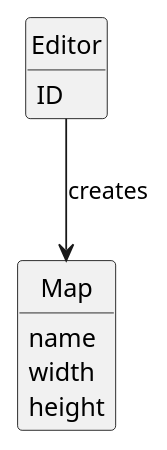
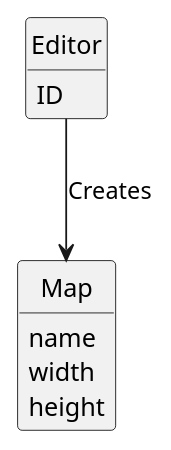
Before and after one commit to Andremonteiro1240850/railway_simulator: the diagram in Sprint2/US01/02.analysis.us01/us01Analysis.puml, drawn with PlantUML. The commit also changed 8 other files, not shown here.

```diff
--- a/Sprint2/US01/02.analysis.us01/us01Analysis.puml
+++ b/Sprint2/US01/02.analysis.us01/us01Analysis.puml
@@ -1,24 +1,26 @@
 @startuml
 skinparam monochrome true
 skinparam packageStyle rectangle
 skinparam shadowing false
 
 'left to right direction
 
 skinparam classAttributeIconSize 0
 
 hide circle
 hide methods
 
+
     class Editor {
         ID
     }
 
     class Map {
         name
         width
         height
     }
 
-    Editor --> Map : "creates"
+
+    Editor --> Map : "Creates"
 @enduml
```
